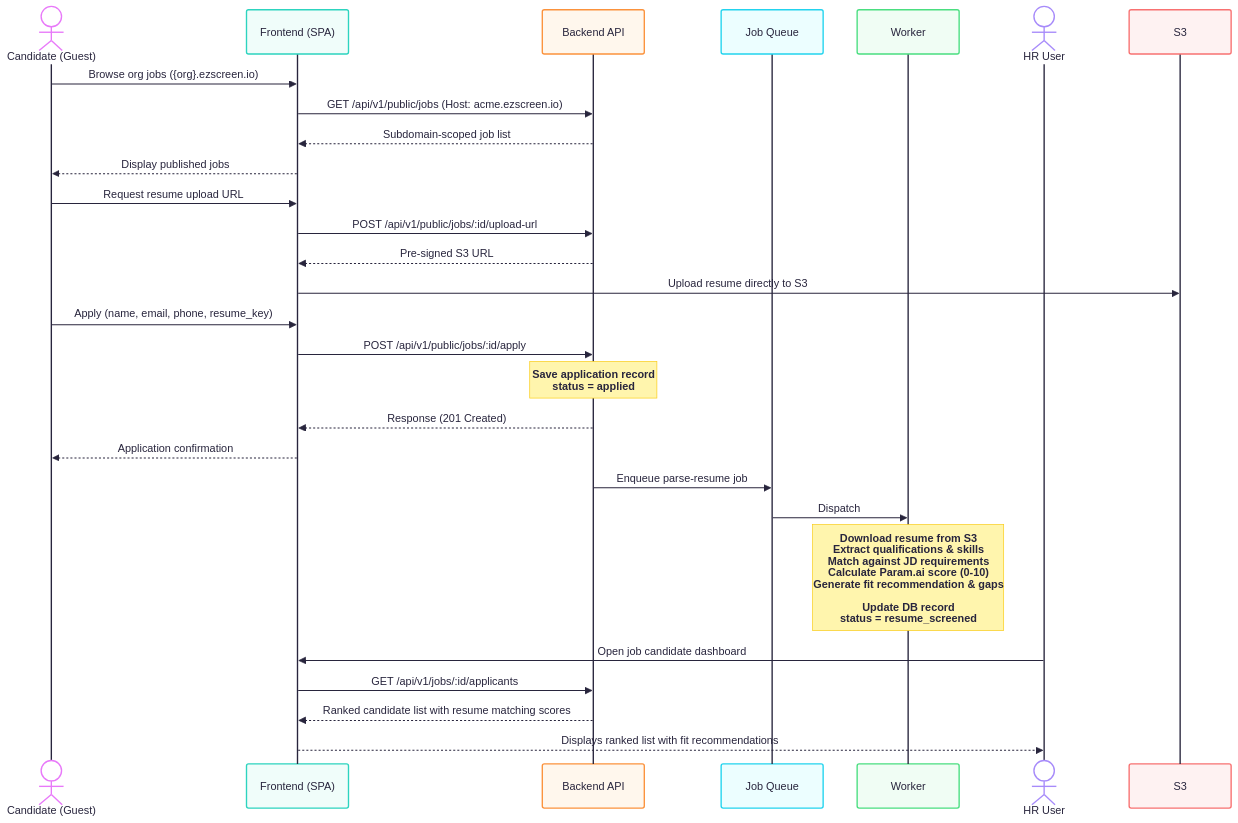
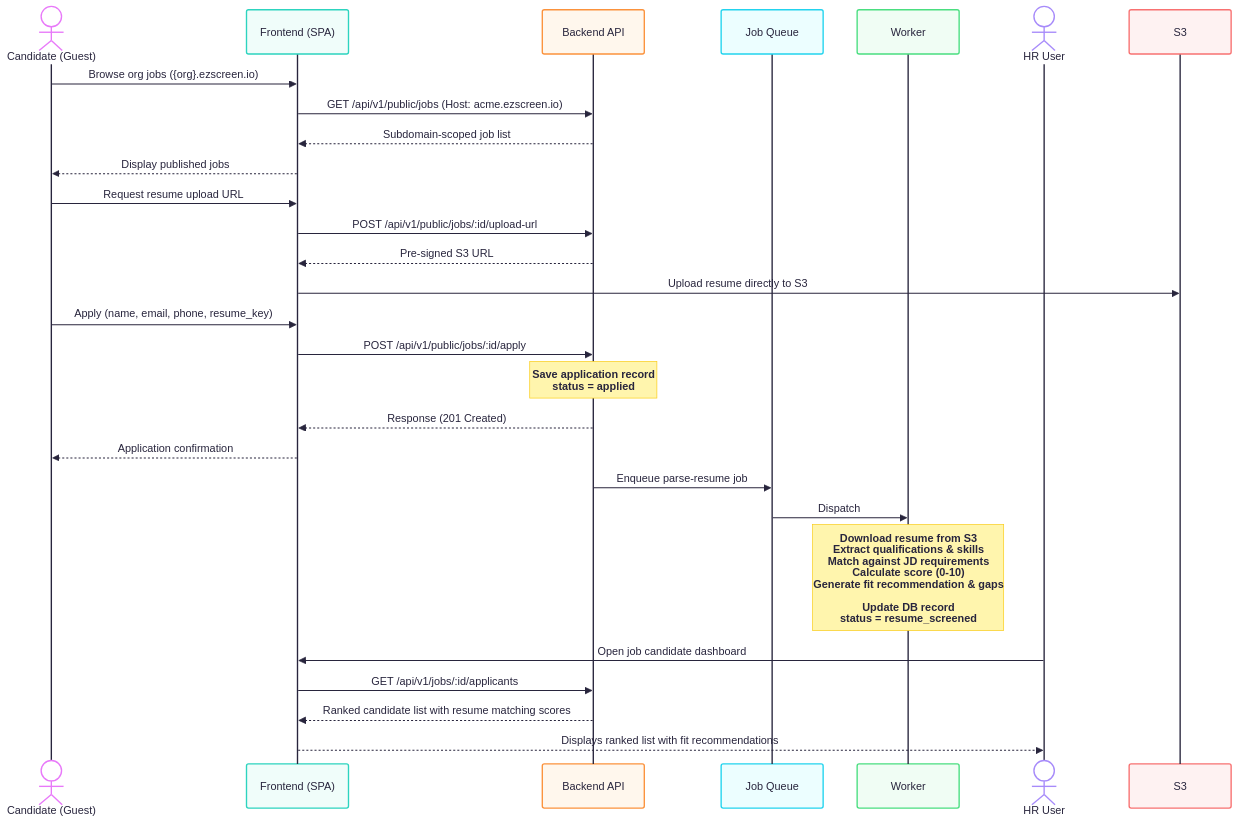
The fourth of 6 diagrams in docs/architecture/SYSTEM_DESIGN.md (joshsoftware/EZScreen), drawn with Mermaid before and after one commit. The commit also changed other lines of this file and 2 other files, not shown here.

````diff
--- a/docs/architecture/SYSTEM_DESIGN.md
+++ b/docs/architecture/SYSTEM_DESIGN.md
@@ -361,38 +361,38 @@
 ```mermaid
 ---
 config:
   theme: redux-color
 ---
 sequenceDiagram
     actor C as Candidate (Guest)
     participant F as Frontend (SPA)
     participant B as Backend API
     participant Q as Job Queue
     participant W as Worker
     actor HR as HR User
 
     C->>F: Browse org jobs ({org}.ezscreen.io)
     F->>B: GET /api/v1/public/jobs (Host: acme.ezscreen.io)
     B-->>F: Subdomain-scoped job list
     F-->>C: Display published jobs
     
     C->>F: Request resume upload URL
     F->>B: POST /api/v1/public/jobs/:id/upload-url
     B-->>F: Pre-signed S3 URL
     F->>S3: Upload resume directly to S3
     
     C->>F: Apply (name, email, phone, resume_key)
     F->>B: POST /api/v1/public/jobs/:id/apply
     Note over B: Save application record<br>status = applied
     B-->>F: Response (201 Created)
     F-->>C: Application confirmation
     
     B->>Q: Enqueue parse-resume job
     Q->>W: Dispatch
-    Note over W: Download resume from S3<br>Extract qualifications & skills<br>Match against JD requirements<br>Calculate Param.ai score (0-10)<br>Generate fit recommendation & gaps<br><br>Update DB record<br>status = resume_screened
+    Note over W: Download resume from S3<br>Extract qualifications & skills<br>Match against JD requirements<br>Calculate score (0-10)<br>Generate fit recommendation & gaps<br><br>Update DB record<br>status = resume_screened
     
     HR->>F: Open job candidate dashboard
     F->>B: GET /api/v1/jobs/:id/applicants
     B-->>F: Ranked candidate list with resume matching scores
     F-->>HR: Displays ranked list with fit recommendations
 ```
````
